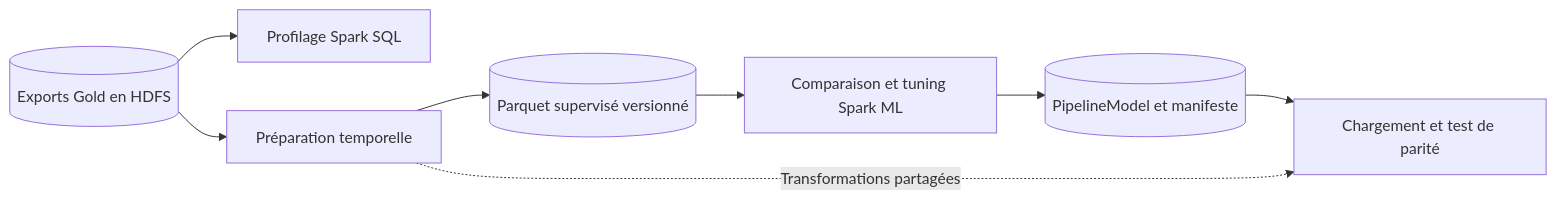
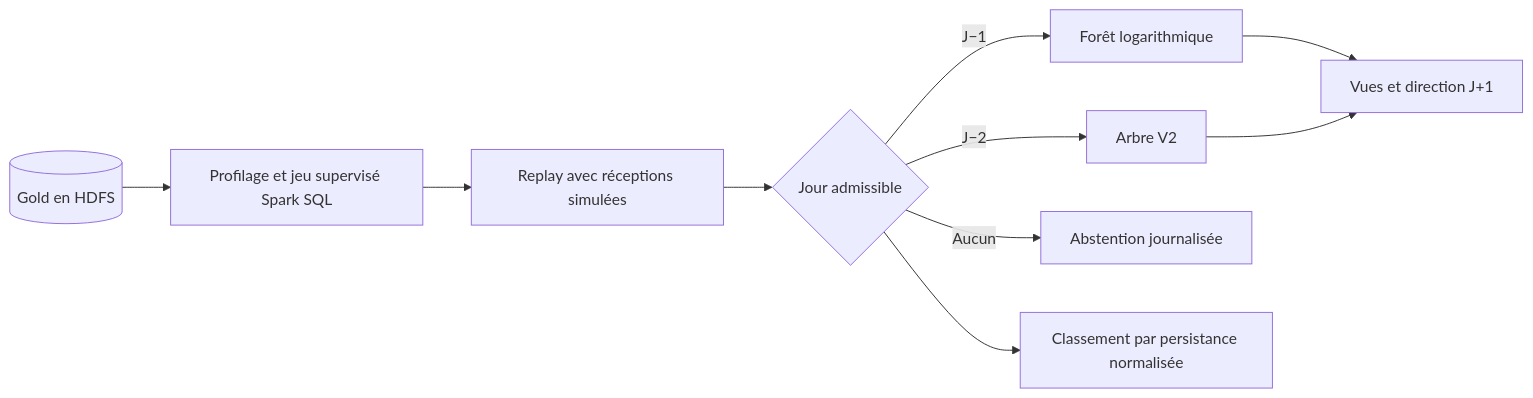
One commit to Urgsalman/trendcast-big-data-platform changed the diagram in analytics/ml/README.md. Above: the diagram before and after it, drawn with Mermaid. The commit also changed other lines of this file and 9 other files, not shown here.

````diff
--- a/analytics/ml/README.md
+++ b/analytics/ml/README.md
@@ -13,10 +16,12 @@
 ```mermaid
 flowchart LR
-    Gold[(Exports Gold en HDFS)] --> Profile[Profilage Spark SQL]
-    Gold --> Preparation[Préparation temporelle]
-    Preparation --> Dataset[(Parquet supervisé versionné)]
-    Dataset --> Training[Comparaison et tuning Spark ML]
-    Training --> Model[(PipelineModel et manifeste)]
-    Model --> Forecast[Chargement et test de parité]
-    Preparation -. Transformations partagées .-> Forecast
+    Gold[(Gold en HDFS)] --> Profile[Profilage et jeu supervisé Spark SQL]
+    Profile --> Replay[Replay avec réceptions simulées]
+    Replay --> Decision{Jour admissible}
+    Decision -->|J−1| Forest[Forêt logarithmique]
+    Decision -->|J−2| Tree[Arbre V2]
+    Decision -->|Aucun| Skip[Abstention journalisée]
+    Forest --> Forecast[Vues et direction J+1]
+    Tree --> Forecast
+    Decision --> Rank[Classement par persistance normalisée]
 ```
````
